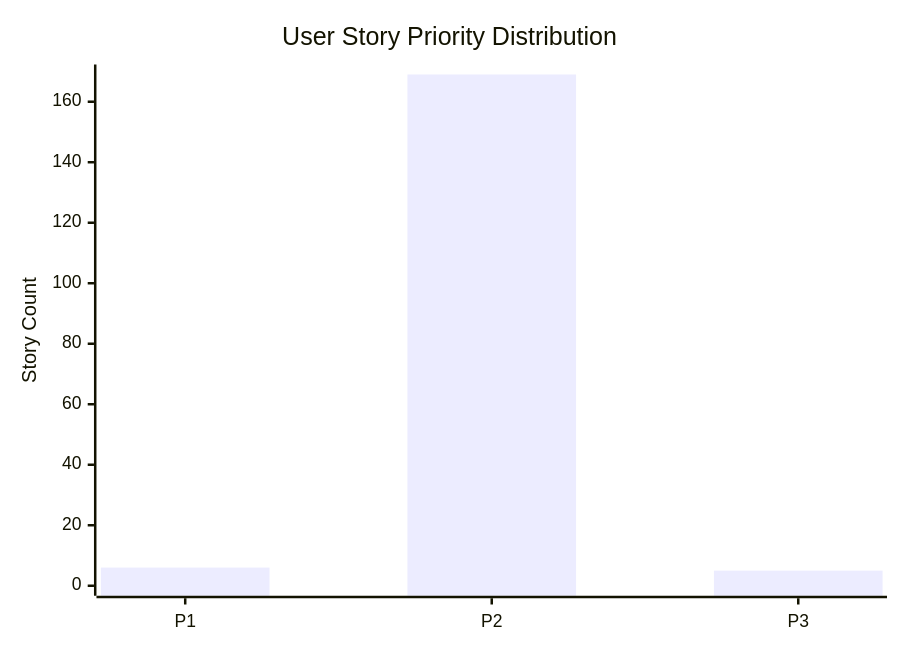
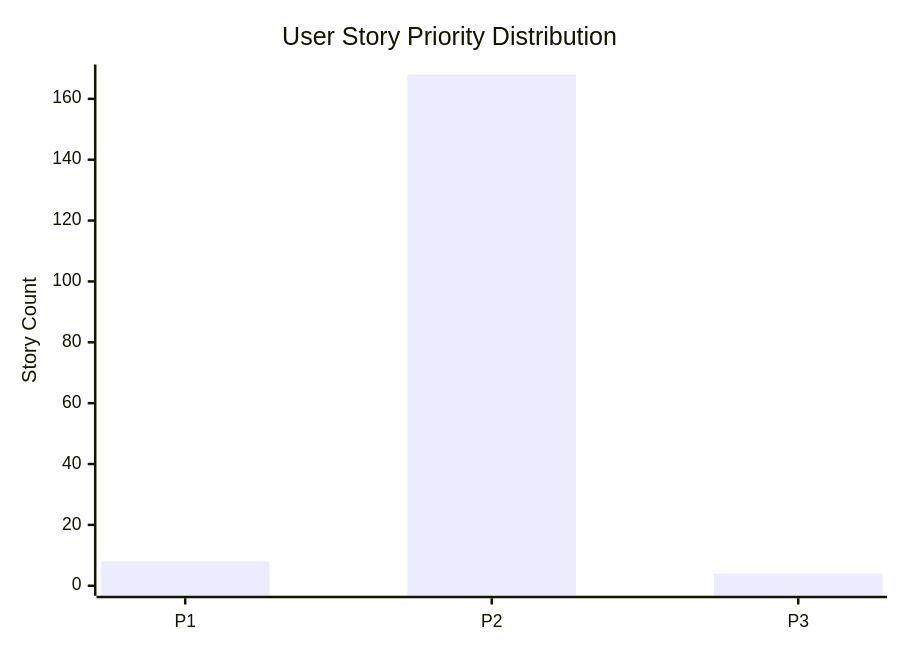
Before and after one commit to Apoorvsharmaa/new-test-repo: the seventh of 10 diagrams in test 8 ADO report.md, drawn with Mermaid. The commit also changed other lines of this file, not shown here.

````diff
--- a/test 8 ADO report.md
+++ b/test 8 ADO report.md
@@ -417,7 +412,7 @@
 ```mermaid
 xychart-beta
     title "User Story Priority Distribution"
     x-axis ["P1","P2","P3"]
-    y-axis "Story Count" 0 --> 169
-    bar [6,169,5]
+    y-axis "Story Count" 0 --> 168
+    bar [8,168,4]
 ```
````
